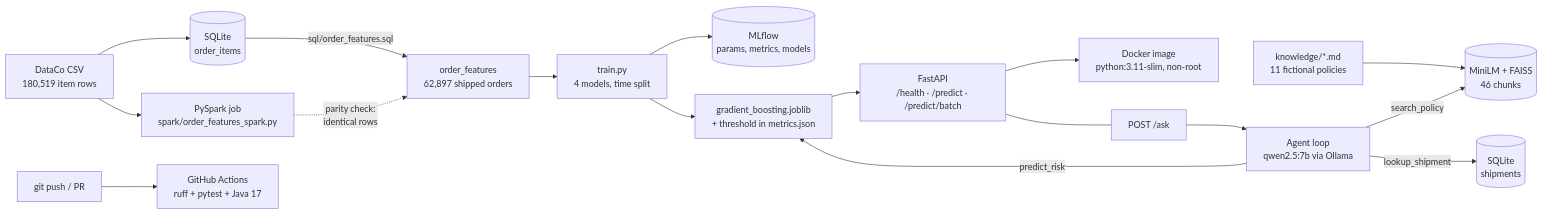
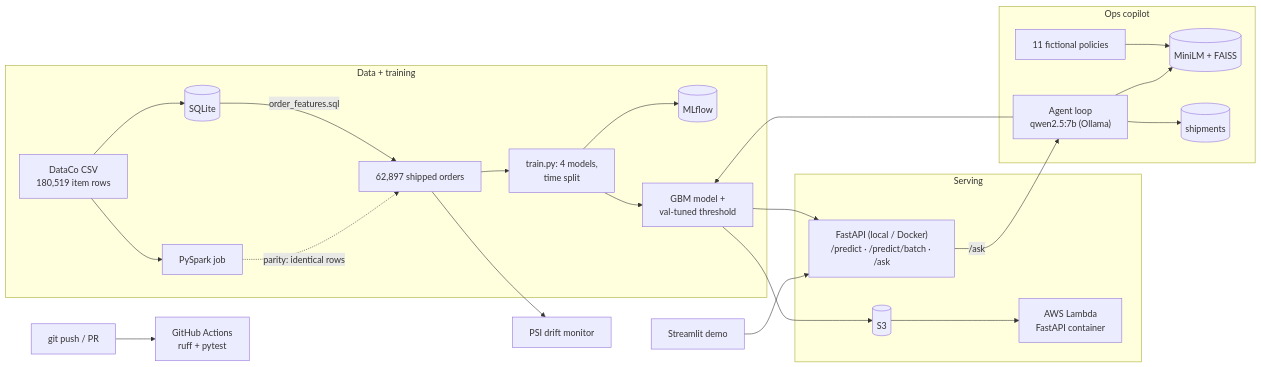
The diagram in README.md (AmeyaAstro/shipsense), drawn with Mermaid before and after one commit. The commit also changed other lines of this file and 6 other files, not shown here.

````diff
--- a/README.md
+++ b/README.md
@@ -16,19 +29,27 @@
 ```mermaid
 flowchart LR
-    CSV["DataCo CSV<br/>180,519 item rows"] --> DB[("SQLite<br/>order_items")]
-    DB -- "sql/order_features.sql" --> FEAT["order_features<br/>62,897 shipped orders"]
-    CSV --> SPARK["PySpark job<br/>spark/order_features_spark.py"]
-    SPARK -. "parity check:<br/>identical rows" .-> FEAT
-    FEAT --> TRAIN["train.py<br/>4 models, time split"]
-    TRAIN --> MLF[("MLflow<br/>params, metrics, models")]
-    TRAIN --> ART["gradient_boosting.joblib<br/>+ threshold in metrics.json"]
-    ART --> API["FastAPI<br/>/health · /predict · /predict/batch"]
-    API --> IMG["Docker image<br/>python:3.11-slim, non-root"]
-    PUSH["git push / PR"] --> CI["GitHub Actions<br/>ruff + pytest + Java 17"]
-    KB["knowledge/*.md<br/>11 fictional policies"] --> IDX[("MiniLM + FAISS<br/>46 chunks")]
-    ASK["POST /ask"] --> AG["Agent loop<br/>qwen2.5:7b via Ollama"]
-    AG -- search_policy --> IDX
-    AG -- lookup_shipment --> SHIP[("SQLite<br/>shipments")]
-    AG -- predict_risk --> ART
-    API --- ASK
+    subgraph Data["Data + training"]
+        CSV["DataCo CSV<br/>180,519 item rows"] --> DB[("SQLite")]
+        DB -- "order_features.sql" --> FEAT["62,897 shipped orders"]
+        CSV --> SPARK["PySpark job"]
+        SPARK -. "parity: identical rows" .-> FEAT
+        FEAT --> TRAIN["train.py: 4 models,<br/>time split"]
+        TRAIN --> MLF[("MLflow")]
+        TRAIN --> ART["GBM model +<br/>val-tuned threshold"]
+    end
+    subgraph Serve["Serving"]
+        ART --> S3[("S3")]
+        S3 --> LAMBDA["AWS Lambda<br/>FastAPI container"]
+        ART --> API["FastAPI (local / Docker)<br/>/predict · /predict/batch · /ask"]
+    end
+    subgraph Copilot["Ops copilot"]
+        KB["11 fictional policies"] --> IDX[("MiniLM + FAISS")]
+        API -- "/ask" --> AG["Agent loop<br/>qwen2.5:7b (Ollama)"]
+        AG --> IDX
+        AG --> SHIP[("shipments")]
+        AG --> ART
+    end
+    FEAT --> DRIFT["PSI drift monitor"]
+    UI["Streamlit demo"] --> API
+    PUSH["git push / PR"] --> CI["GitHub Actions<br/>ruff + pytest"]
 ```
````
